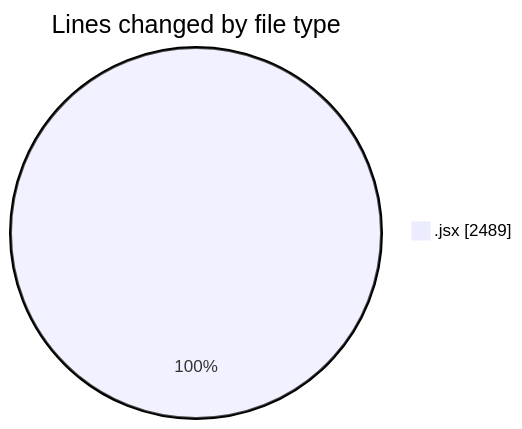
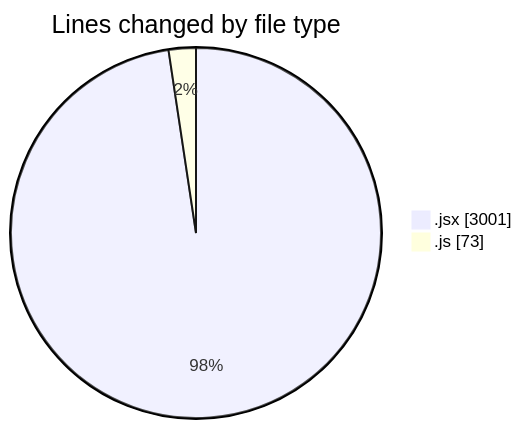
The first of 2 diagrams in 2025-12-24/nxtqube_webapp/README.md (nxtqubesakshisongat/code-tracking), drawn with Mermaid before and after one commit. The commit also changed other lines of this file and 1 other file, not shown here.

````diff
--- a/2025-12-24/nxtqube_webapp/README.md
+++ b/2025-12-24/nxtqube_webapp/README.md
@@ -20,5 +21,6 @@
 ```mermaid
 pie showData
 title Lines changed by file type
-".jsx" : 2489
+".jsx" : 3001
+".js" : 73
 ```
````
